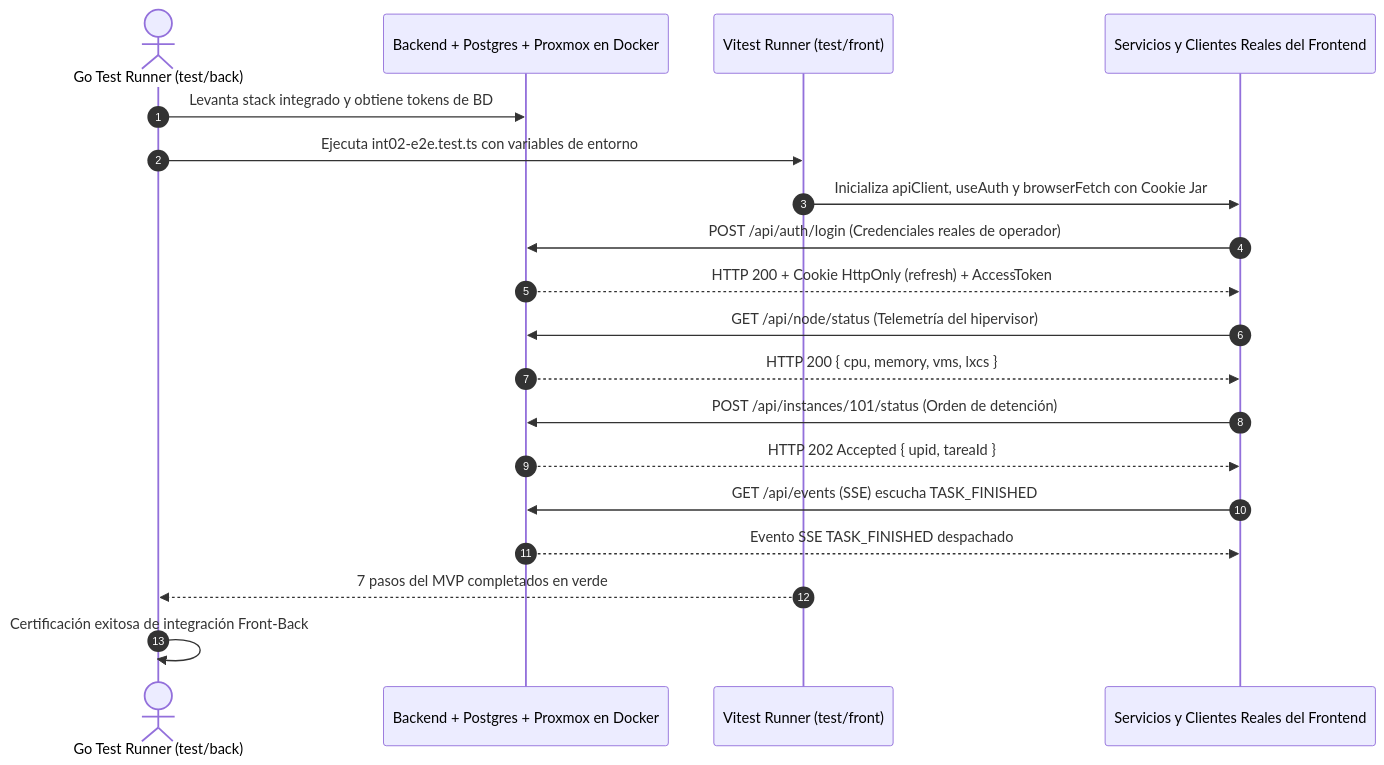
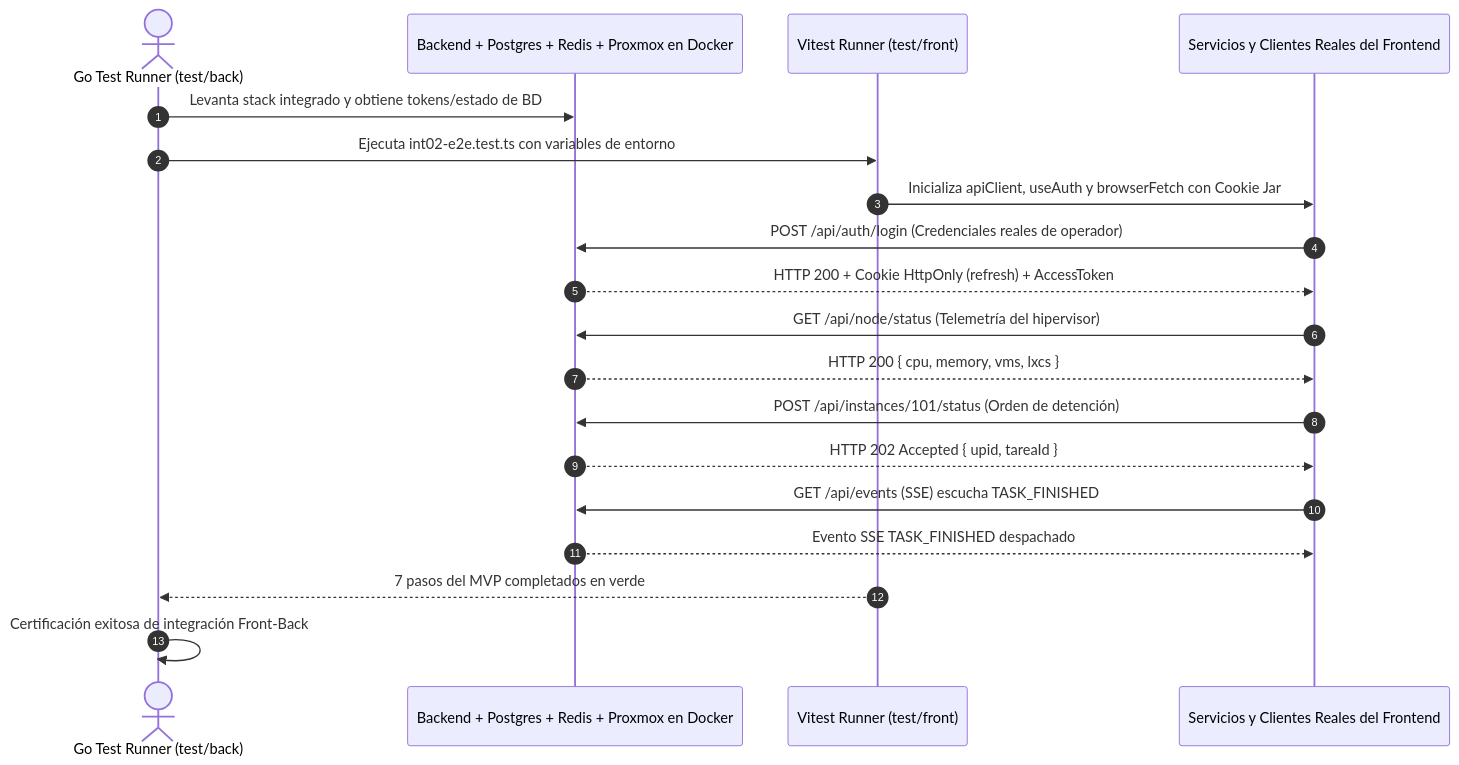
The diagram in documentacion/defensaarticulo/03_reportes_suite_tests_integracion_front_back.md (micaelaalvaradomendez/centinela), drawn with Mermaid before and after one commit. The commit also changed other lines of this file and 31 other files, not shown here.

````diff
--- a/documentacion/defensaarticulo/03_reportes_suite_tests_integracion_front_back.md
+++ b/documentacion/defensaarticulo/03_reportes_suite_tests_integracion_front_back.md
@@ -23,22 +28,22 @@
 ```mermaid
 sequenceDiagram
     autonumber
     actor Runner as Go Test Runner (test/back)
-    participant Docker as Backend + Postgres + Proxmox en Docker
+    participant Docker as Backend + Postgres + Redis + Proxmox en Docker
     participant Vitest as Vitest Runner (test/front)
     participant FrontCode as Servicios y Clientes Reales del Frontend
     
-    Runner->>Docker: Levanta stack integrado y obtiene tokens de BD
+    Runner->>Docker: Levanta stack integrado y obtiene tokens/estado de BD
     Runner->>Vitest: Ejecuta int02-e2e.test.ts con variables de entorno
     Vitest->>FrontCode: Inicializa apiClient, useAuth y browserFetch con Cookie Jar
     FrontCode->>Docker: POST /api/auth/login (Credenciales reales de operador)
     Docker-->>FrontCode: HTTP 200 + Cookie HttpOnly (refresh) + AccessToken
     FrontCode->>Docker: GET /api/node/status (Telemetría del hipervisor)
     Docker-->>FrontCode: HTTP 200 { cpu, memory, vms, lxcs }
     FrontCode->>Docker: POST /api/instances/101/status (Orden de detención)
     Docker-->>FrontCode: HTTP 202 Accepted { upid, tareaId }
     FrontCode->>Docker: GET /api/events (SSE) escucha TASK_FINISHED
     Docker-->>FrontCode: Evento SSE TASK_FINISHED despachado
     Vitest-->>Runner: 7 pasos del MVP completados en verde
     Runner->>Runner: Certificación exitosa de integración Front-Back
 ```
````
